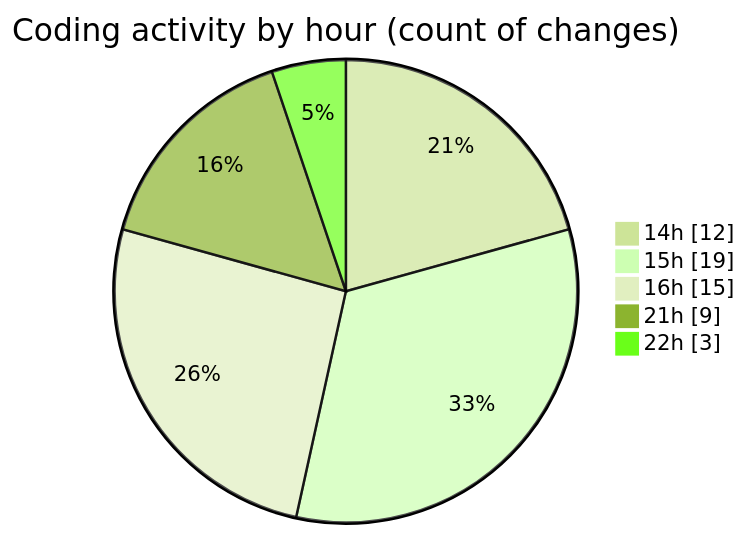
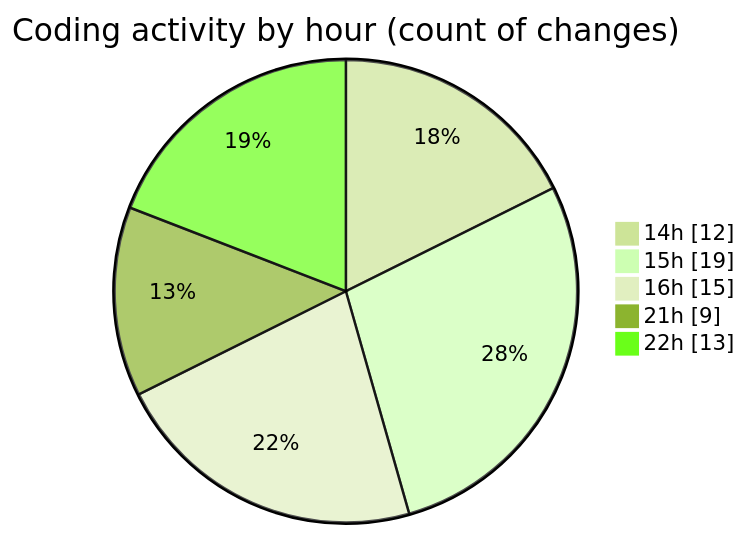
Before and after one commit to lephambinh05/code-tracking: the second of 2 diagrams in 2025-08-10/rentotp/README.md, drawn with Mermaid (forest theme). The commit also changed other lines of this file and 1 other file, not shown here.

````diff
--- a/2025-08-10/rentotp/README.md
+++ b/2025-08-10/rentotp/README.md
@@ -36,9 +39,9 @@
 ```mermaid
 pie showData
 title Coding activity by hour (count of changes)
 "14h" : 12
 "15h" : 19
 "16h" : 15
 "21h" : 9
-"22h" : 3
+"22h" : 13
 ```
````
